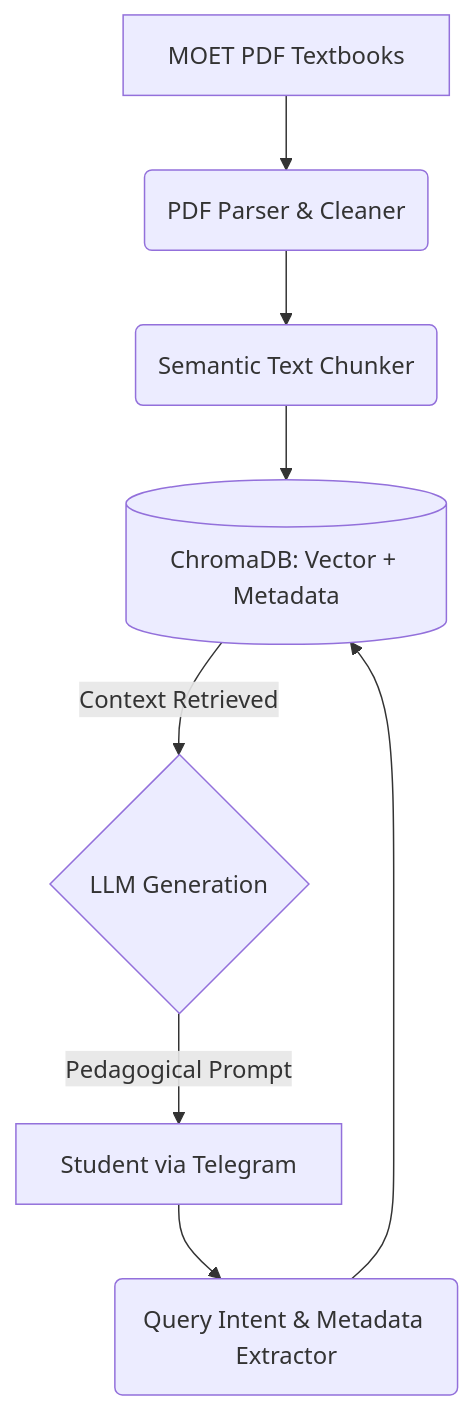
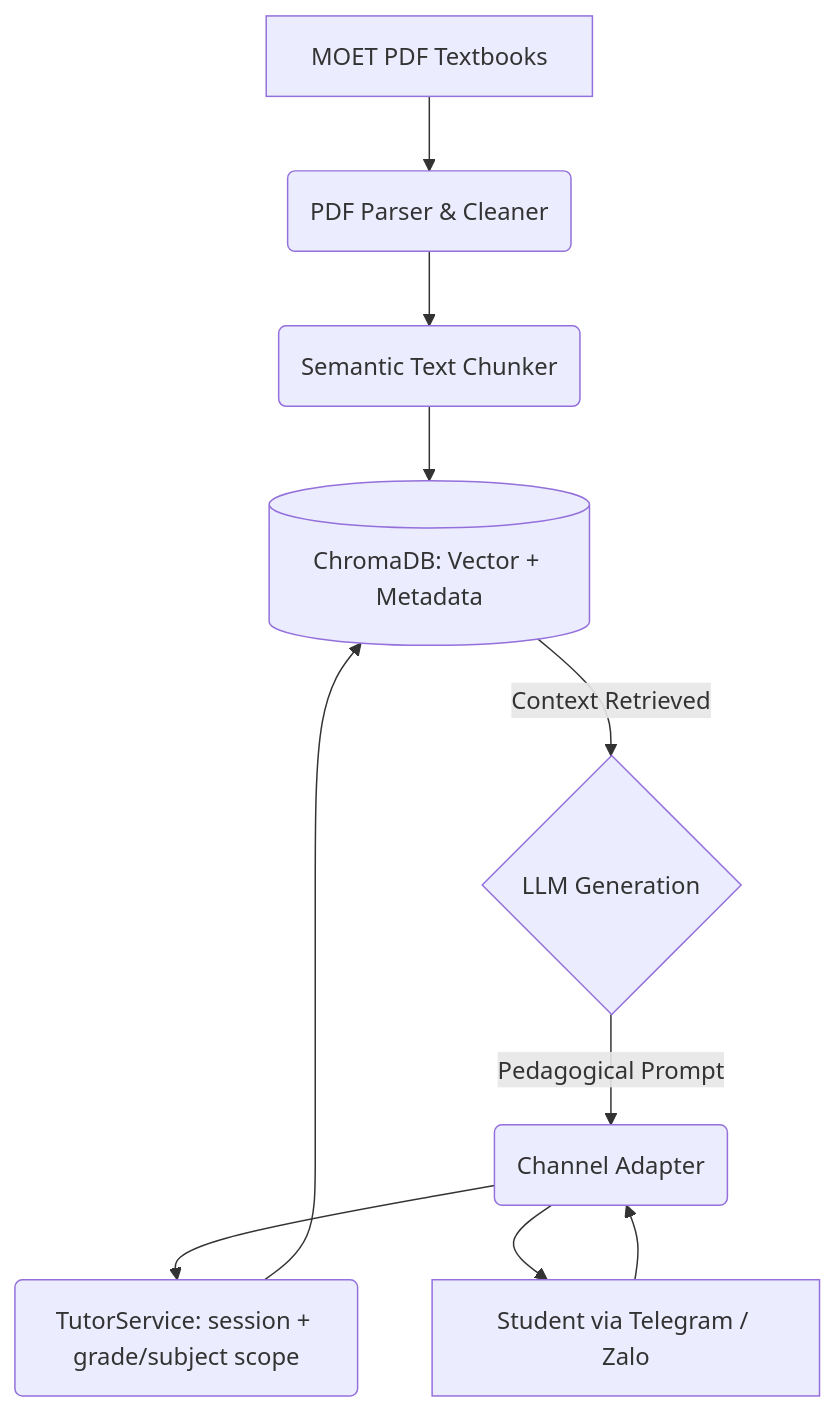
The diagram in README.md (quannguyencoder/dora_edu), drawn with Mermaid before and after one commit. The commit also changed other lines of this file and 36 other files, not shown here.

First line of the commit message:
feat: channel-agnostic bot layer with grade/subject-scoped RAG

````diff
--- a/README.md
+++ b/README.md
@@ -19,10 +19,12 @@
 ```mermaid
 graph TD;
     A[MOET PDF Textbooks] --> B(PDF Parser & Cleaner)
     B --> C(Semantic Text Chunker)
     C --> D[(ChromaDB: Vector + Metadata)]
-    E[Student via Telegram] --> F(Query Intent & Metadata Extractor)
-    F --> D
-    D -- Context Retrieved --> G{LLM Generation}
-    G -- "Pedagogical Prompt" --> E
+    E[Student via Telegram / Zalo] --> F(Channel Adapter)
+    F --> G(TutorService: session + grade/subject scope)
+    G --> D
+    D -- Context Retrieved --> H{LLM Generation}
+    H -- "Pedagogical Prompt" --> F
+    F --> E
 ```
````
